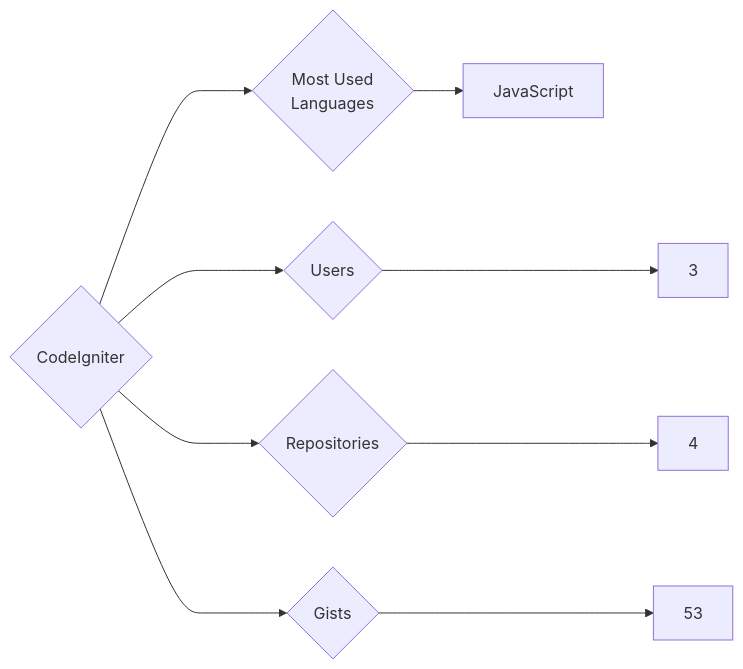
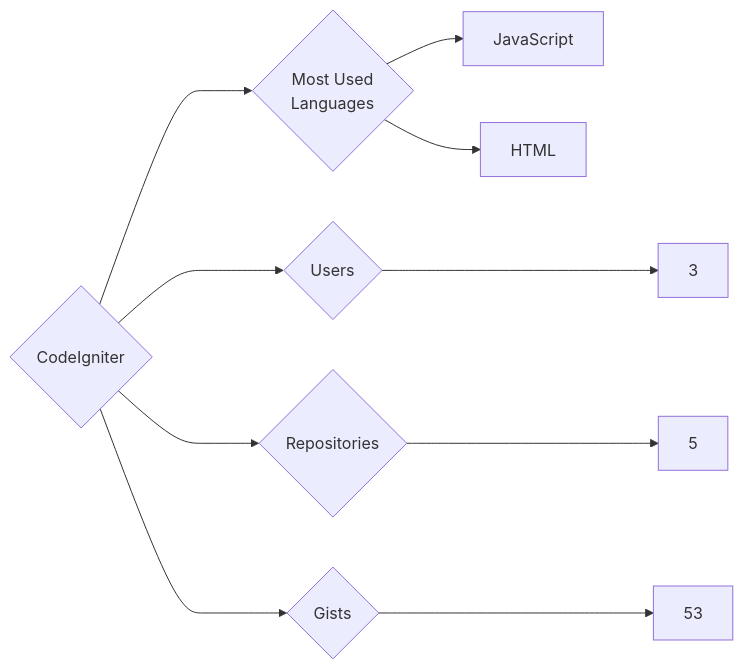
The diagram in targets/CodeIgniter/README.md (trickest/insiders), drawn with Mermaid before and after one commit. The commit also changed 1007 other files, not shown here.

````diff
--- a/targets/CodeIgniter/README.md
+++ b/targets/CodeIgniter/README.md
@@ -3,9 +3,10 @@
 ```mermaid
 graph LR
 COMPANY_NAME{CodeIgniter}
 COMPANY_NAME ---> U{Users} ---> UN[3]
-COMPANY_NAME ---> R{Repositories} ---> RN[4]
+COMPANY_NAME ---> R{Repositories} ---> RN[5]
 COMPANY_NAME ---> G{Gists} ---> GN[53]
 COMPANY_NAME ---> ML{Most Used<br>Languages}
 ML --> JavaScript[JavaScript]
+ML --> HTML[HTML]
 ```
````
